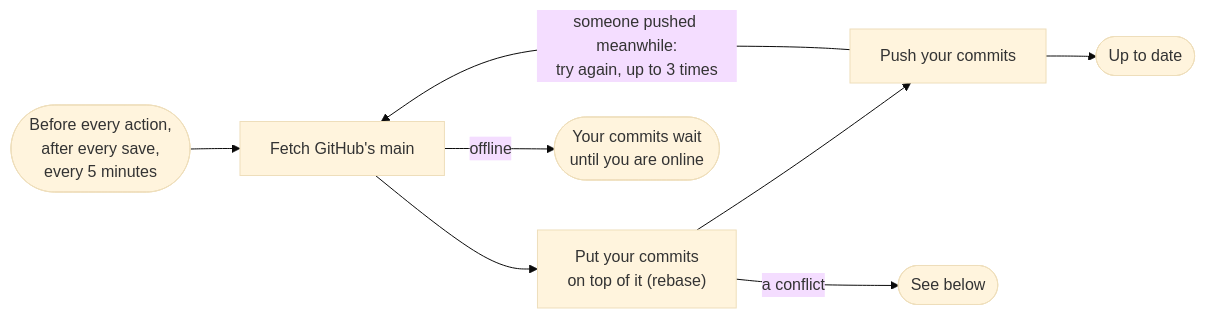
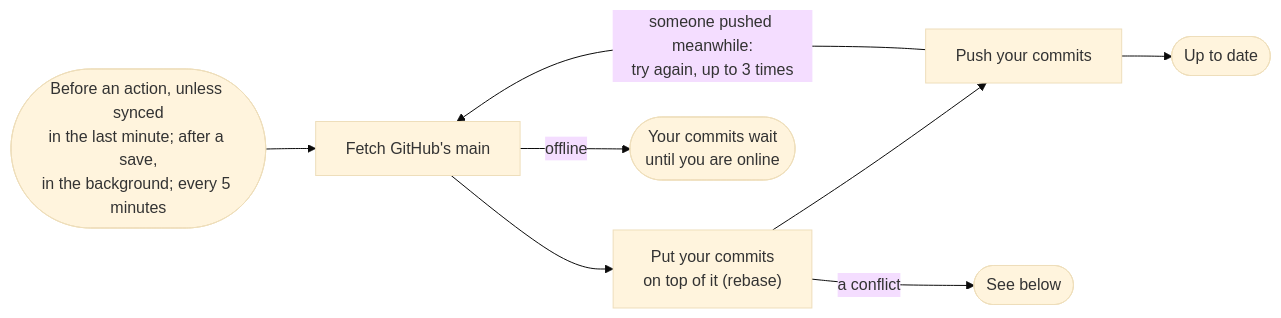
Before and after one commit to uw-maccosslab/LabOps: the second of 7 diagrams in docs/flows.md, drawn with Mermaid (base theme). The commit also changed other lines of this file and 10 other files, not shown here.

````diff
--- a/docs/flows.md
+++ b/docs/flows.md
@@ -63,10 +77,10 @@
 ```mermaid
 flowchart LR
-    when(["Before every action,<br/>after every save,<br/>every 5 minutes"]) --> fetch["Fetch GitHub's main"]
+    when(["Before an action, unless synced<br/>in the last minute; after a save,<br/>in the background; every 5 minutes"]) --> fetch["Fetch GitHub's main"]
     fetch --> rebase["Put your commits<br/>on top of it (rebase)"]
     rebase --> push["Push your commits"]
     push --> done(["Up to date"])
     push -->|"someone pushed meanwhile:<br/>try again, up to 3 times"| fetch
     fetch -->|"offline"| wait(["Your commits wait<br/>until you are online"])
     rebase -->|"a conflict"| conflict(["See below"])
 ```
````
